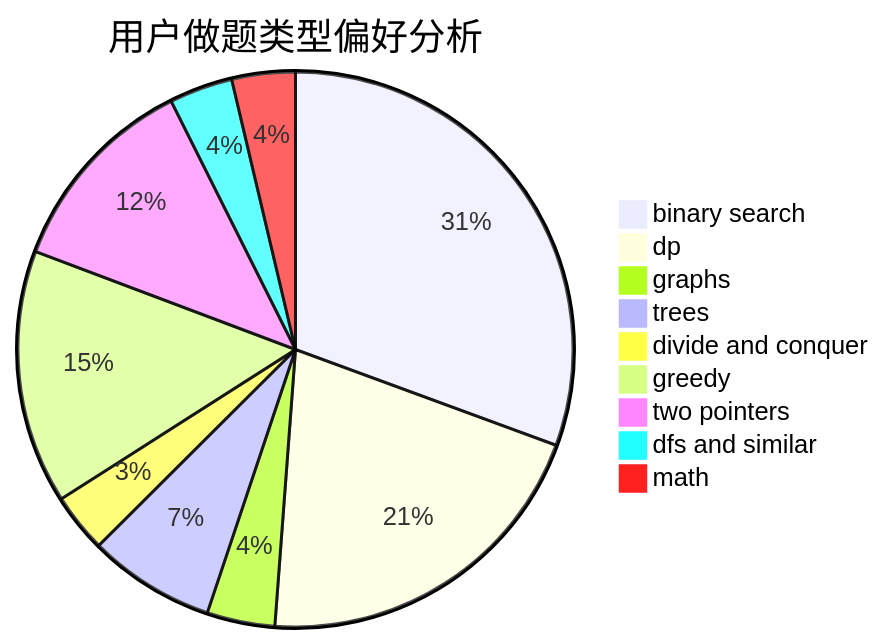
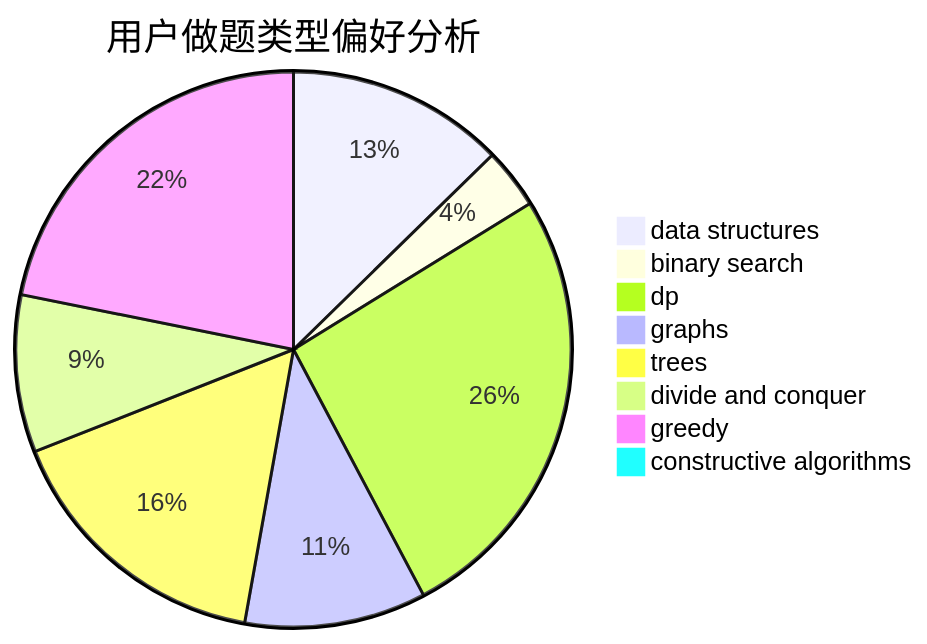
Before and after one commit to sherpahu/cfrs.github.io: the second of 3 diagrams in docs/user/u2521.md, drawn with Mermaid. The commit also changed other lines of this file and 2775 other files, not shown here.

````diff
--- a/docs/user/u2521.md
+++ b/docs/user/u2521.md
@@ -23,12 +23,11 @@
 ```mermaid
 pie title 用户做题类型偏好分析
-    "binary search" :  116
-    "dp" :  78
+    "data structures" :  18
+    "binary search" :  5
+    "dp" :  37
     "graphs" :  15
-    "trees" :  28
+    "trees" :  23
     "divide and conquer" :  13
-    "greedy" :  56
-    "two pointers" :  45
-    "dfs and similar" :  14
-    "math" :  14
+    "greedy" :  31
+    "constructive algorithms" :  0
 ```
````
